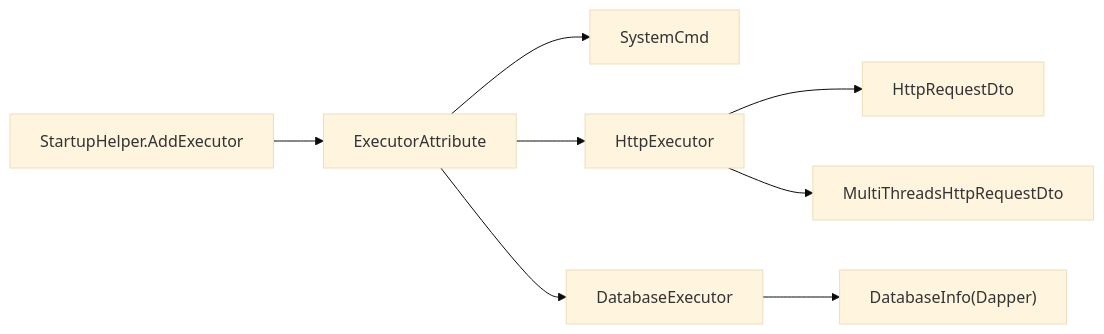
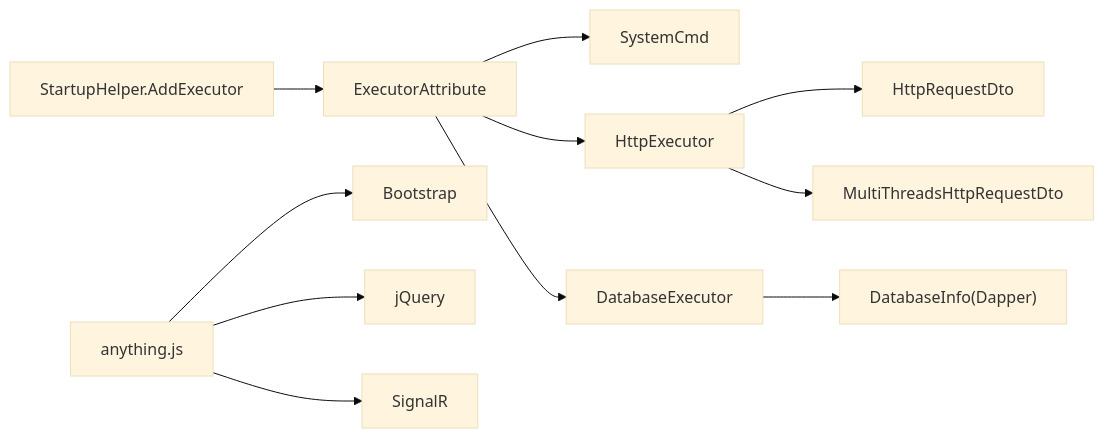
The tenth of 10 diagrams in .qoder/repowiki/zh/content/远程主机管理模块/命令执行器系统.md (Sosososolong/AirGo), drawn with Mermaid (base theme) before and after one commit. The commit also changed other lines of this file and 22 other files, not shown here.

````diff
--- a/.qoder/repowiki/zh/content/远程主机管理模块/命令执行器系统.md
+++ b/.qoder/repowiki/zh/content/远程主机管理模块/命令执行器系统.md
@@ -373,10 +484,13 @@
 ```mermaid
 graph LR
 SH["StartupHelper.AddExecutor"] --> EXA["ExecutorAttribute"]
 EXA --> SYS["SystemCmd"]
 EXA --> HTTP["HttpExecutor"]
 EXA --> DBE["DatabaseExecutor"]
 HTTP --> HREQ["HttpRequestDto"]
 HTTP --> MREQ["MultiThreadsHttpRequestDto"]
 DBE --> DBI["DatabaseInfo(Dapper)"]
+AJAX["anything.js"] --> BOOT["Bootstrap"]
+AJAX --> JQ["jQuery"]
+AJAX --> SIG["SignalR"]
 ```
````
